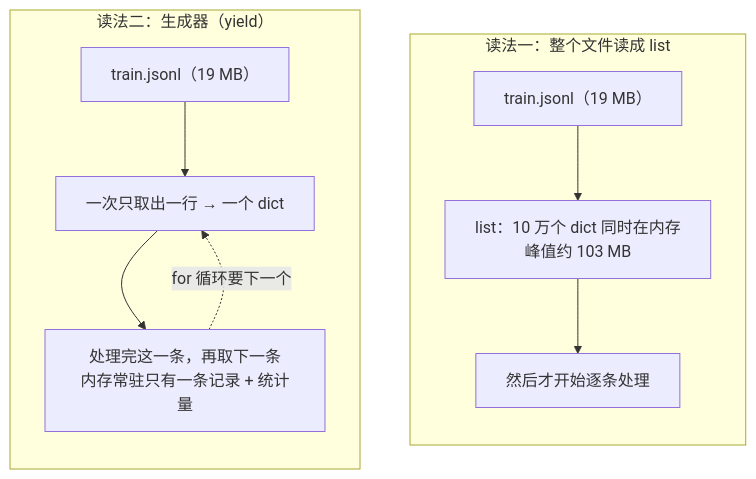
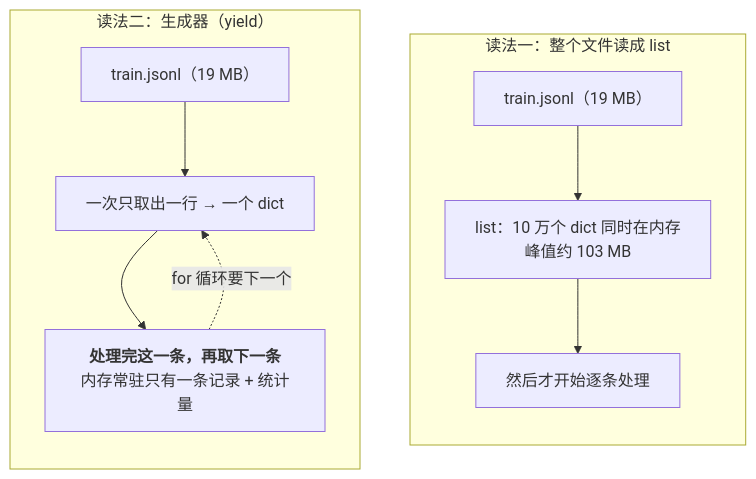
The diagram in _posts/2026-01-17-python-in-use-for-algorithm-engineers.md (arganzheng/arganzheng.github.com), drawn with Mermaid before and after one commit. The commit also changed 4 other files, not shown here.

First line of the commit message:
算法工程师的工具箱：从一个想法到一次能跑的实验：Mermaid 多行方框的首行标为标题（5 篇）

````diff
--- a/_posts/2026-01-17-python-in-use-for-algorithm-engineers.md
+++ b/_posts/2026-01-17-python-in-use-for-algorithm-engineers.md
@@ -82,14 +82,14 @@
 ```mermaid
 %%{init: {"flowchart": {"wrappingWidth": 220}}}%%
 %% 图：读一个 JSONL 的两种读法：整个读成 list vs 生成器一次一条
 flowchart TB
     subgraph A["读法一：整个文件读成 list"]
         direction TB
         F1["train.jsonl（19 MB）"] --> L["list：10 万个 dict 同时在内存<br/>峰值约 103 MB"] --> P1["然后才开始逐条处理"]
     end
     subgraph B["读法二：生成器（yield）"]
         direction TB
-        F2["train.jsonl（19 MB）"] --> G["一次只取出一行 → 一个 dict"] --> P2["处理完这一条，再取下一条<br/>内存常驻只有一条记录 + 统计量"]
+        F2["train.jsonl（19 MB）"] --> G["一次只取出一行 → 一个 dict"] --> P2["<b>处理完这一条，再取下一条</b><br/>内存常驻只有一条记录 + 统计量"]
         P2 -. "for 循环要下一个" .-> G
     end
 ```
````
